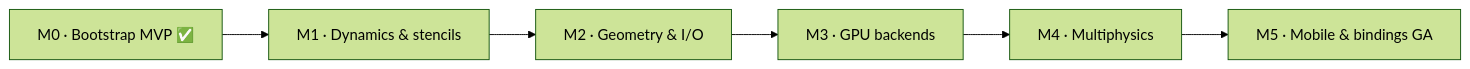
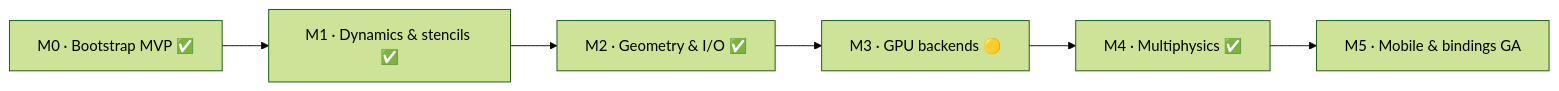
The diagram in docs/roadmap.md (CyberdyneCorp/Cyberfluids), drawn with Mermaid (forest theme) before and after one commit. The commit also changed other lines of this file and 9 other files, not shown here.

First line of the commit message:
docs: add OSS governance files, versioning policy, refresh roadmap

````diff
--- a/docs/roadmap.md
+++ b/docs/roadmap.md
@@ -6,8 +6,8 @@
 ```mermaid
 flowchart LR
-    M0["M0 · Bootstrap MVP ✅"] --> M1["M1 · Dynamics & stencils"]
-    M1 --> M2["M2 · Geometry & I/O"]
-    M2 --> M3["M3 · GPU backends"]
-    M3 --> M4["M4 · Multiphysics"]
+    M0["M0 · Bootstrap MVP ✅"] --> M1["M1 · Dynamics & stencils ✅"]
+    M1 --> M2["M2 · Geometry & I/O ✅"]
+    M2 --> M3["M3 · GPU backends 🟡"]
+    M3 --> M4["M4 · Multiphysics ✅"]
     M4 --> M5["M5 · Mobile & bindings GA"]
 ```
````
